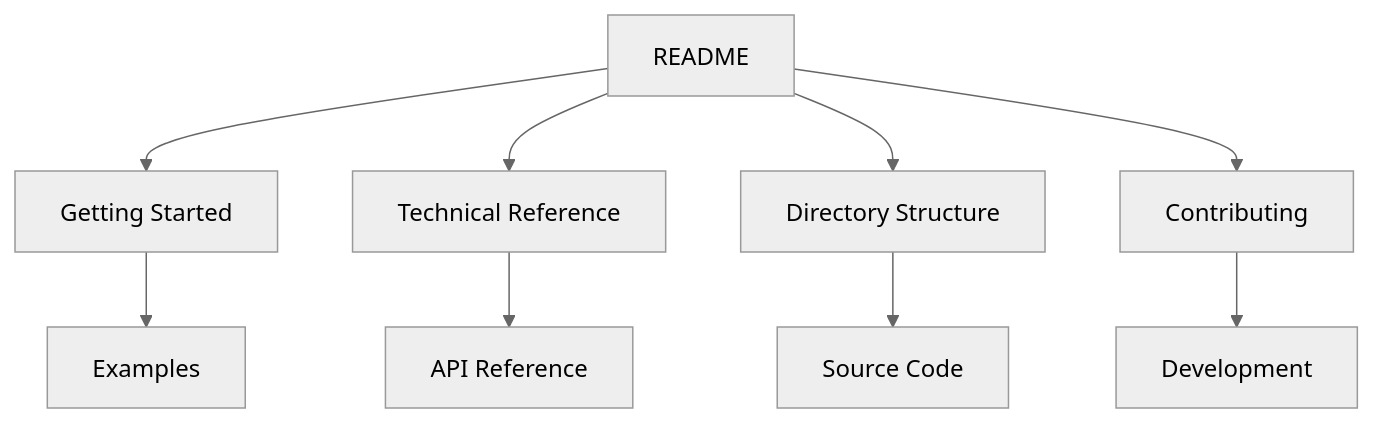
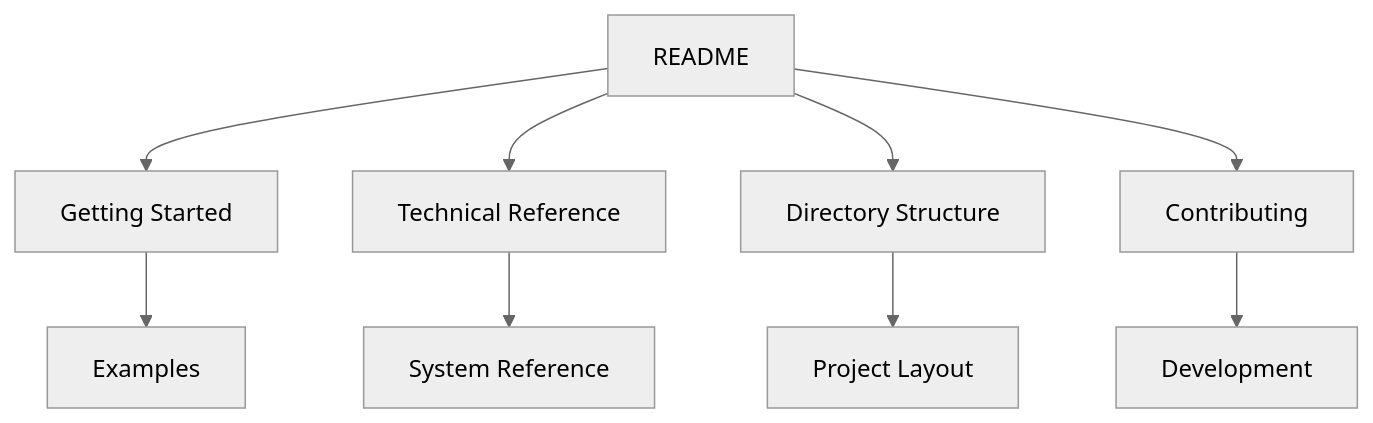
One commit to Kmcc01-creator/VulkanoApp changed the diagram in testprog/docs/README/index.md. Above: the diagram before and after it, drawn with Mermaid (neutral theme). The commit also changed other lines of this file and 35 other files, not shown here.

````diff
--- a/testprog/docs/README/index.md
+++ b/testprog/docs/README/index.md
@@ -15,12 +15,12 @@
 ```mermaid
 graph TD
     A[README] --> B[Getting Started]
     A --> C[Technical Reference]
     A --> D[Directory Structure]
     A --> E[Contributing]
 
     B --> F[Examples]
-    C --> G[API Reference]
-    D --> H[Source Code]
+    C --> G[System Reference]
+    D --> H[Project Layout]
     E --> I[Development]
 ```
````
